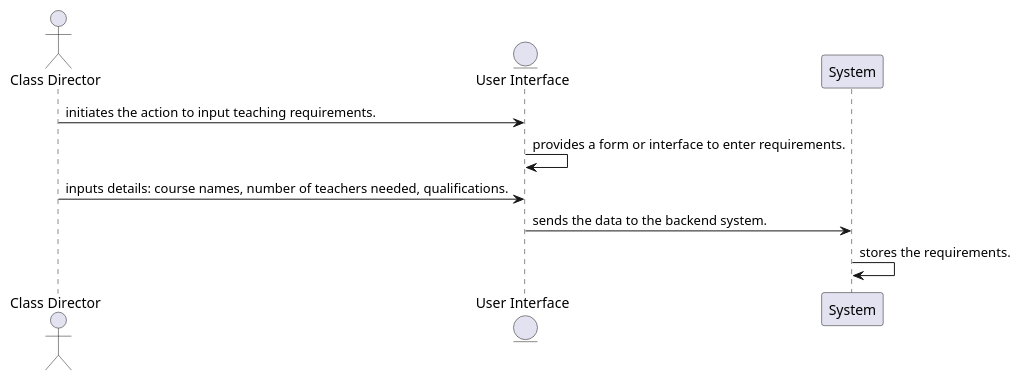
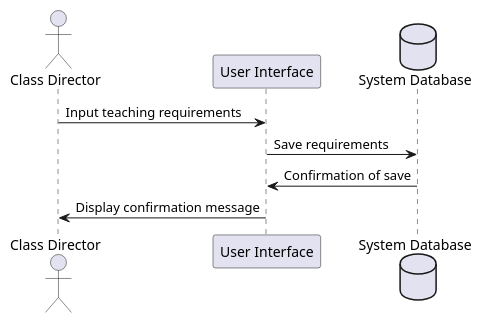
One commit to rkerkides/Teacher-Management-App changed the diagram in Diagrams/Sequence Diagrams/UserStory1.puml. Above: the diagram before and after it, drawn with PlantUML. The commit also changed 8 other files, not shown here.

Commit message:
update diagrams

```diff
--- a/Diagrams/Sequence Diagrams/UserStory1.puml
+++ b/Diagrams/Sequence Diagrams/UserStory1.puml
@@ -1,9 +1,10 @@
 @startuml
-actor "Class Director" as ClassDirector
-entity "User Interface" as UserInterface
-ClassDirector -> UserInterface: initiates the action to input teaching requirements.
-UserInterface -> UserInterface: provides a form or interface to enter requirements.
-ClassDirector -> UserInterface: inputs details: course names, number of teachers needed, qualifications.
-UserInterface -> System: sends the data to the backend system.
-System -> System: stores the requirements.
+actor "Class Director" as CD
+participant "User Interface" as UI
+database "System Database" as DB
+
+CD -> UI : Input teaching requirements
+UI -> DB : Save requirements
+DB -> UI : Confirmation of save
+UI -> CD : Display confirmation message
 @enduml
```
